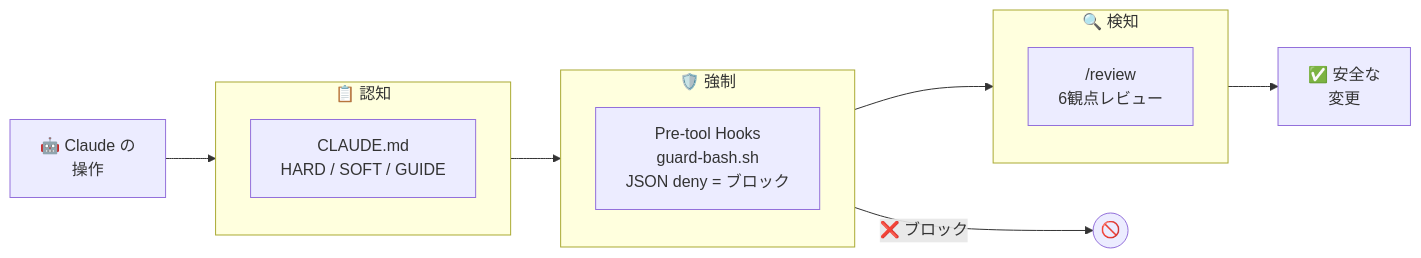
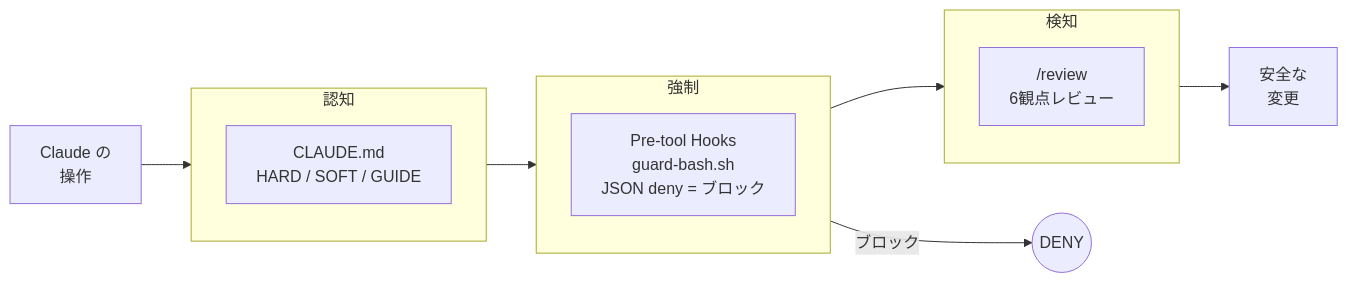
The first of 2 diagrams in README.ja.md (SideMountain/claude-code-sidekick), drawn with Mermaid before and after one commit. The commit also changed other lines of this file and 9 other files, not shown here.

````diff
--- a/README.ja.md
+++ b/README.ja.md
@@ -73,17 +140,17 @@
 ```mermaid
 flowchart LR
-    OP["🤖 Claude の\n操作"] --> L1
-    subgraph L1["📋 認知"]
+    OP["Claude の\n操作"] --> L1
+    subgraph L1["認知"]
         A["CLAUDE.md\nHARD / SOFT / GUIDE"]
     end
     L1 --> L2
-    subgraph L2["🛡️ 強制"]
+    subgraph L2["強制"]
         B["Pre-tool Hooks\nguard-bash.sh\nJSON deny = ブロック"]
     end
-    L2 -->|"❌ ブロック"| DENY(("🚫"))
+    L2 -->|"ブロック"| DENY(("DENY"))
     L2 --> L3
-    subgraph L3["🔍 検知"]
+    subgraph L3["検知"]
         C["/review\n6観点レビュー"]
     end
-    L3 --> SAFE["✅ 安全な\n変更"]
+    L3 --> SAFE["安全な\n変更"]
 ```
````
